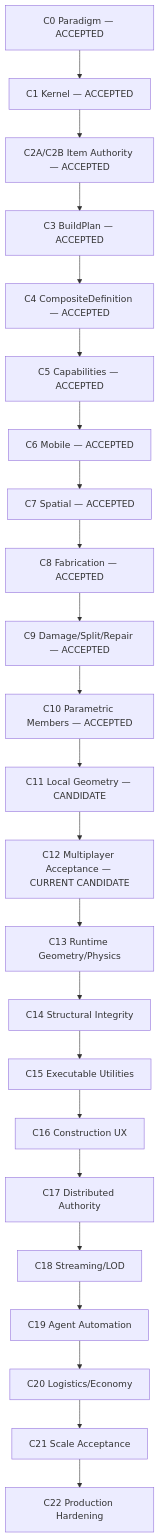
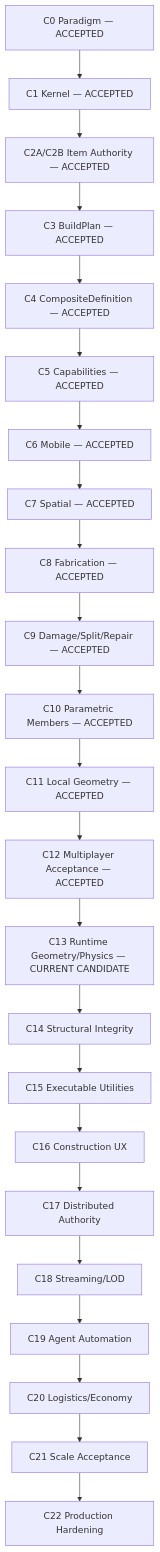
One commit to rootfabric/distributed-world-simulator changed the diagram in docs/plans/CONSTRUCTION_MAP_RU.md. Above: the diagram before and after it, drawn with Mermaid. The commit also changed other lines of this file and 35 other files, not shown here.

Commit message:
feat(construction): add runtime geometry and physics projection

````diff
--- a/docs/plans/CONSTRUCTION_MAP_RU.md
+++ b/docs/plans/CONSTRUCTION_MAP_RU.md
@@ -32,25 +33,25 @@
 ```mermaid
 flowchart TD
     C0["C0 Paradigm — ACCEPTED"] --> C1["C1 Kernel — ACCEPTED"]
     C1 --> C2["C2A/C2B Item Authority — ACCEPTED"]
     C2 --> C3["C3 BuildPlan — ACCEPTED"]
     C3 --> C4["C4 CompositeDefinition — ACCEPTED"]
     C4 --> C5["C5 Capabilities — ACCEPTED"]
     C5 --> C6["C6 Mobile — ACCEPTED"]
     C6 --> C7["C7 Spatial — ACCEPTED"]
     C7 --> C8["C8 Fabrication — ACCEPTED"]
     C8 --> C9["C9 Damage/Split/Repair — ACCEPTED"]
     C9 --> C10["C10 Parametric Members — ACCEPTED"]
-    C10 --> C11["C11 Local Geometry — CANDIDATE"]
-    C11 --> C12["C12 Multiplayer Acceptance — CURRENT CANDIDATE"]
-    C12 --> C13["C13 Runtime Geometry/Physics"]
+    C10 --> C11["C11 Local Geometry — ACCEPTED"]
+    C11 --> C12["C12 Multiplayer Acceptance — ACCEPTED"]
+    C12 --> C13["C13 Runtime Geometry/Physics — CURRENT CANDIDATE"]
     C13 --> C14["C14 Structural Integrity"]
     C14 --> C15["C15 Executable Utilities"]
     C15 --> C16["C16 Construction UX"]
     C16 --> C17["C17 Distributed Authority"]
     C17 --> C18["C18 Streaming/LOD"]
     C18 --> C19["C19 Agent Automation"]
     C19 --> C20["C20 Logistics/Economy"]
     C20 --> C21["C21 Scale Acceptance"]
     C21 --> C22["C22 Production Hardening"]
 ```
````
